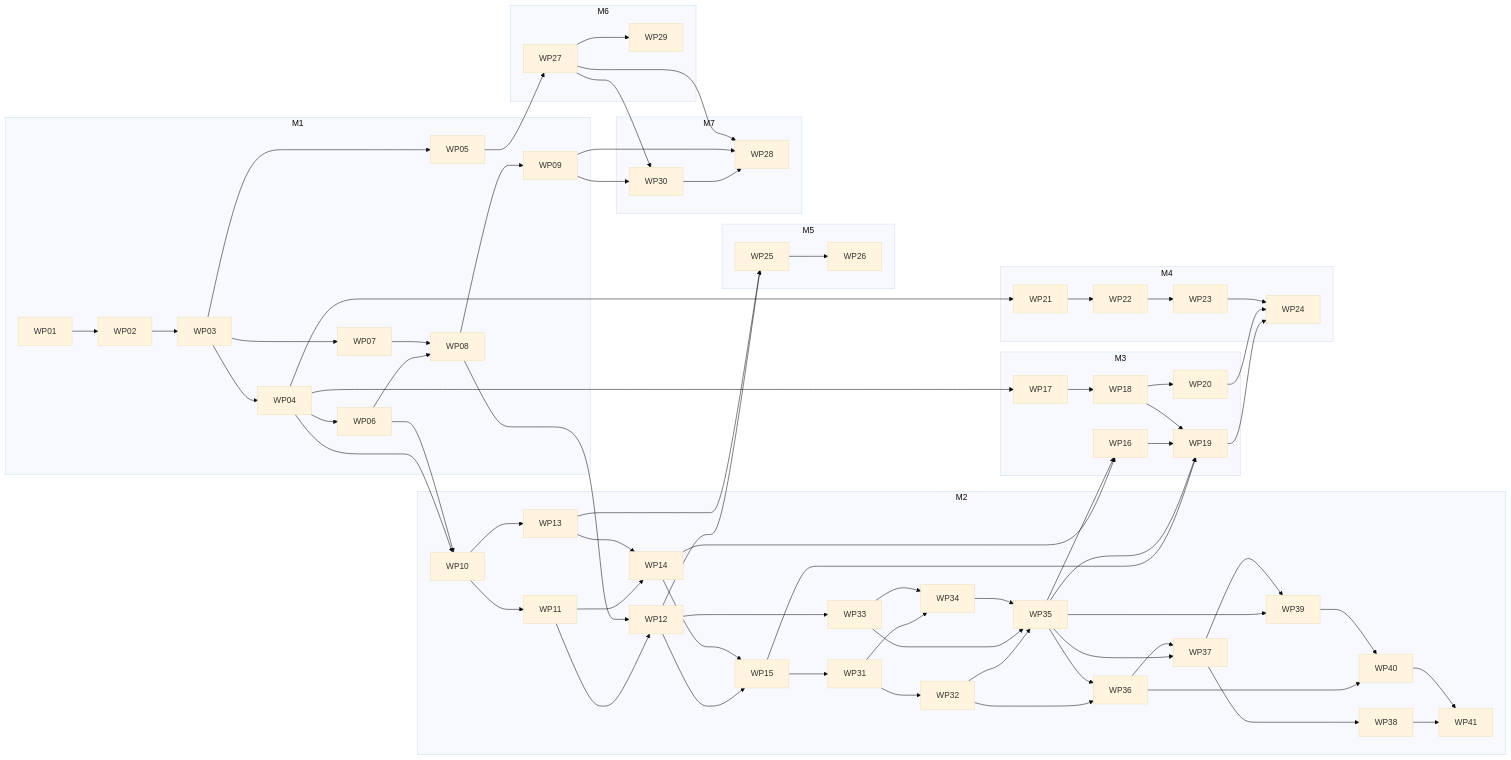
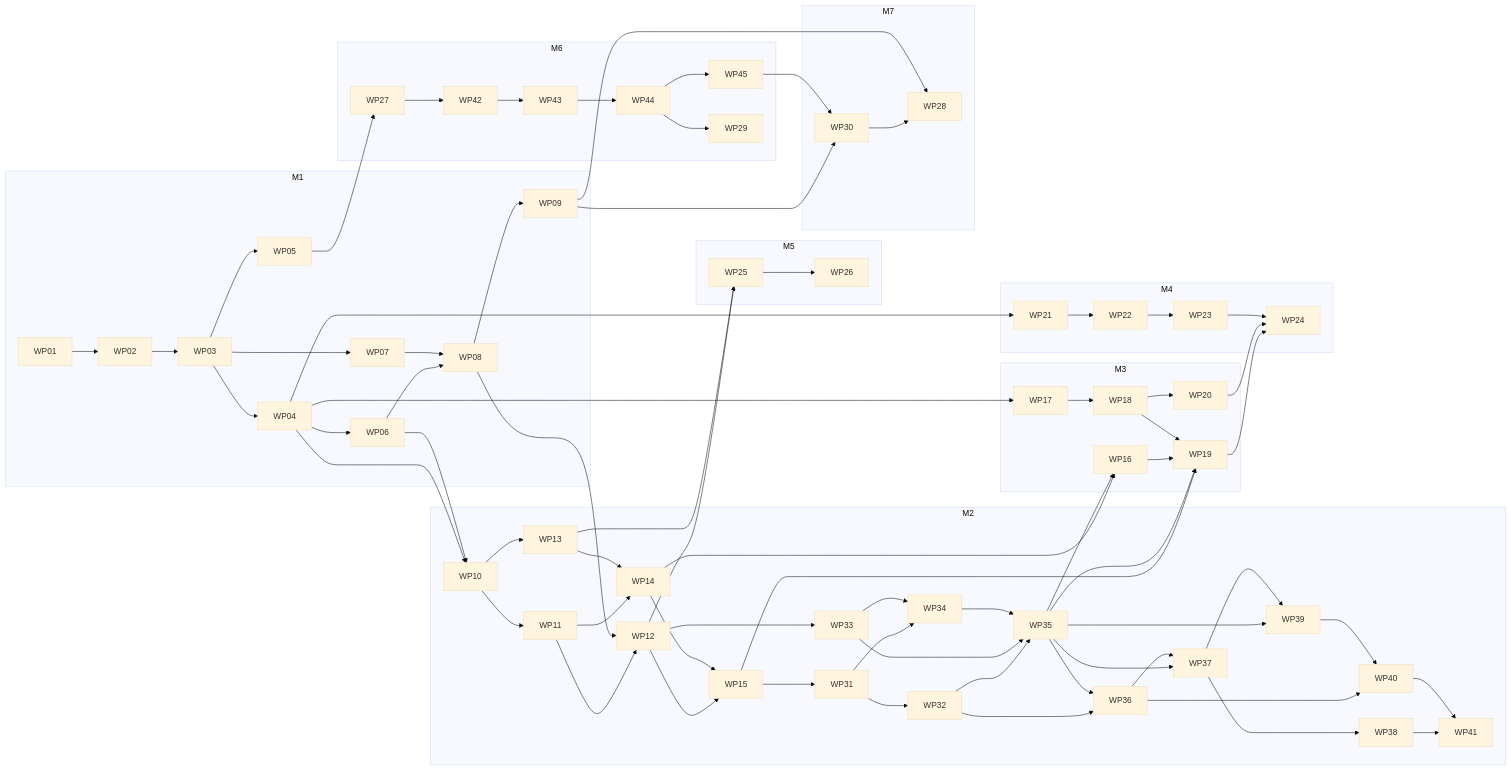
One commit to maxvandenhoven/hive changed the diagram in docs/plans/README.md. Above: the diagram before and after it, drawn with Mermaid (base theme). The commit also changed other lines of this file and 6 other files, not shown here.

````diff
--- a/docs/plans/README.md
+++ b/docs/plans/README.md
@@ -253,52 +274,53 @@
 ```mermaid
 flowchart LR
   subgraph M1
     WP01 --> WP02 --> WP03
     WP03 --> WP04 & WP05 & WP07
     WP04 --> WP06
     WP06 & WP07 --> WP08 --> WP09
   end
   subgraph M2
     WP10 --> WP11 --> WP12
     WP10 --> WP13
     WP11 & WP13 --> WP14
     WP12 & WP14 --> WP15
     WP15 --> WP31 --> WP32
     WP12 --> WP33
     WP31 & WP33 --> WP34
     WP32 & WP33 & WP34 --> WP35
     WP32 & WP35 --> WP36
     WP35 & WP36 --> WP37 --> WP38
     WP35 & WP37 --> WP39
     WP36 & WP39 --> WP40
     WP38 & WP40 --> WP41
   end
   subgraph M3
     WP17 --> WP18 --> WP20
     WP15 & WP16 & WP18 --> WP19
   end
   subgraph M4
     WP21 --> WP22 --> WP23
     WP19 & WP20 & WP23 --> WP24
   end
   subgraph M5
     WP25 --> WP26
   end
   subgraph M6
-    WP27 --> WP29
+    WP27 --> WP42 --> WP43 --> WP44 --> WP45
+    WP44 --> WP29
   end
   subgraph M7
     WP30 --> WP28
   end
   WP04 --> WP10
   WP06 --> WP10
   WP08 --> WP12
   WP14 --> WP16
   WP35 --> WP16 & WP19
   WP04 --> WP17
   WP04 --> WP21
   WP12 & WP13 --> WP25
   WP05 --> WP27
-  WP09 & WP27 --> WP30
-  WP09 & WP27 --> WP28
+  WP09 & WP45 --> WP30
+  WP09 --> WP28
 ```
````
